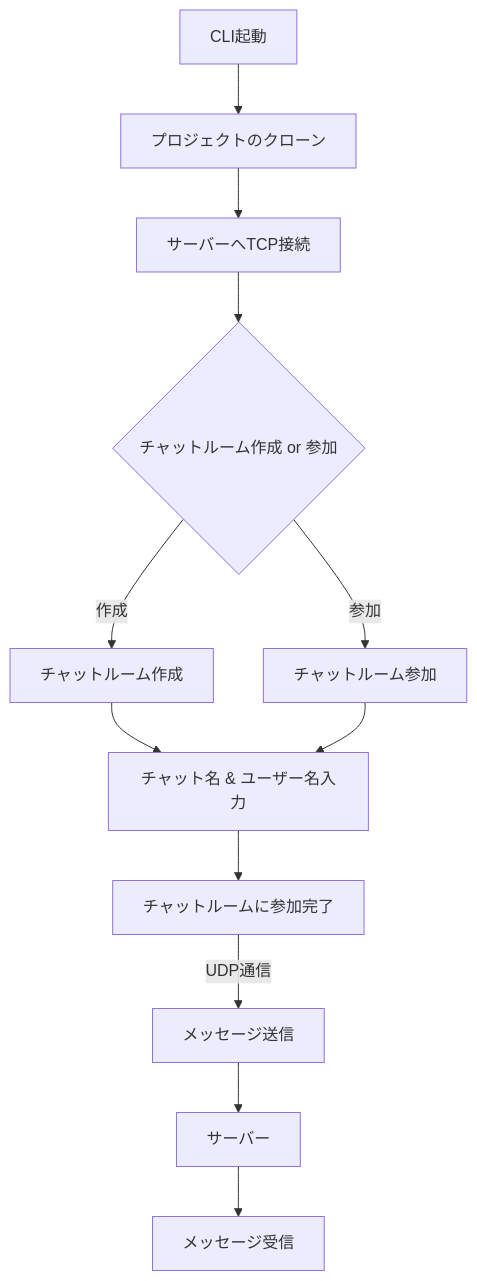
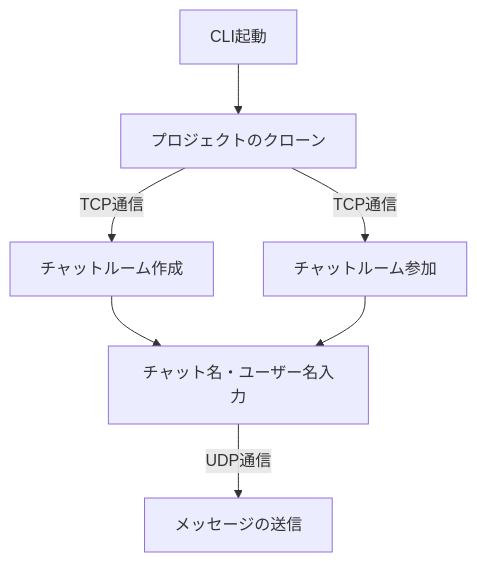
One commit to BackendExplorer/Tenshin changed the diagram in README.md. Above: the diagram before and after it, drawn with Mermaid.

````diff
--- a/README.md
+++ b/README.md
@@ -2,20 +2,9 @@
 ```mermaid
-graph TD
-    %% メインの処理
-    A[CLI起動] --> B[プロジェクトのクローン] --> C[サーバーへTCP接続]
-    
-    %% チャットルーム作成 or 参加
-    C --> D{チャットルーム作成 or 参加}
-    D -- 作成 --> E[チャットルーム作成]
-    D -- 参加 --> F[チャットルーム参加]
-    
-    %% ユーザー名＆チャット名入力
-    E --> G[チャット名 & ユーザー名入力]
-    F --> G
-    G --> H[チャットルームに参加完了]
 
-    %% メッセージ送信・受信（コンパクトにまとめる）
-    H -->|UDP通信| I[メッセージ送信]
-    I --> J[サーバー] 
-    J --> K[メッセージ受信]
+    graph TD
+    A[CLI起動] --> B[プロジェクトのクローン]
+    B -- TCP通信 --> C[チャットルーム作成]
+    B -- TCP通信 --> D[チャットルーム参加]
+    C & D --> E[チャット名・ユーザー名入力]
+    E -- UDP通信 --> F[メッセージの送信]
 ```
````
